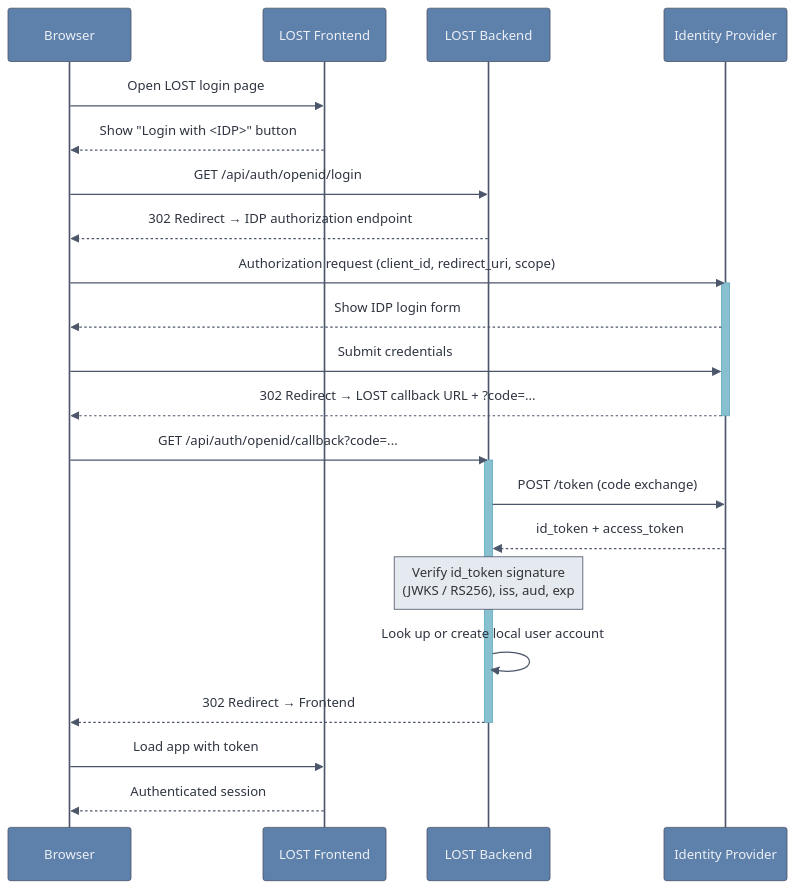
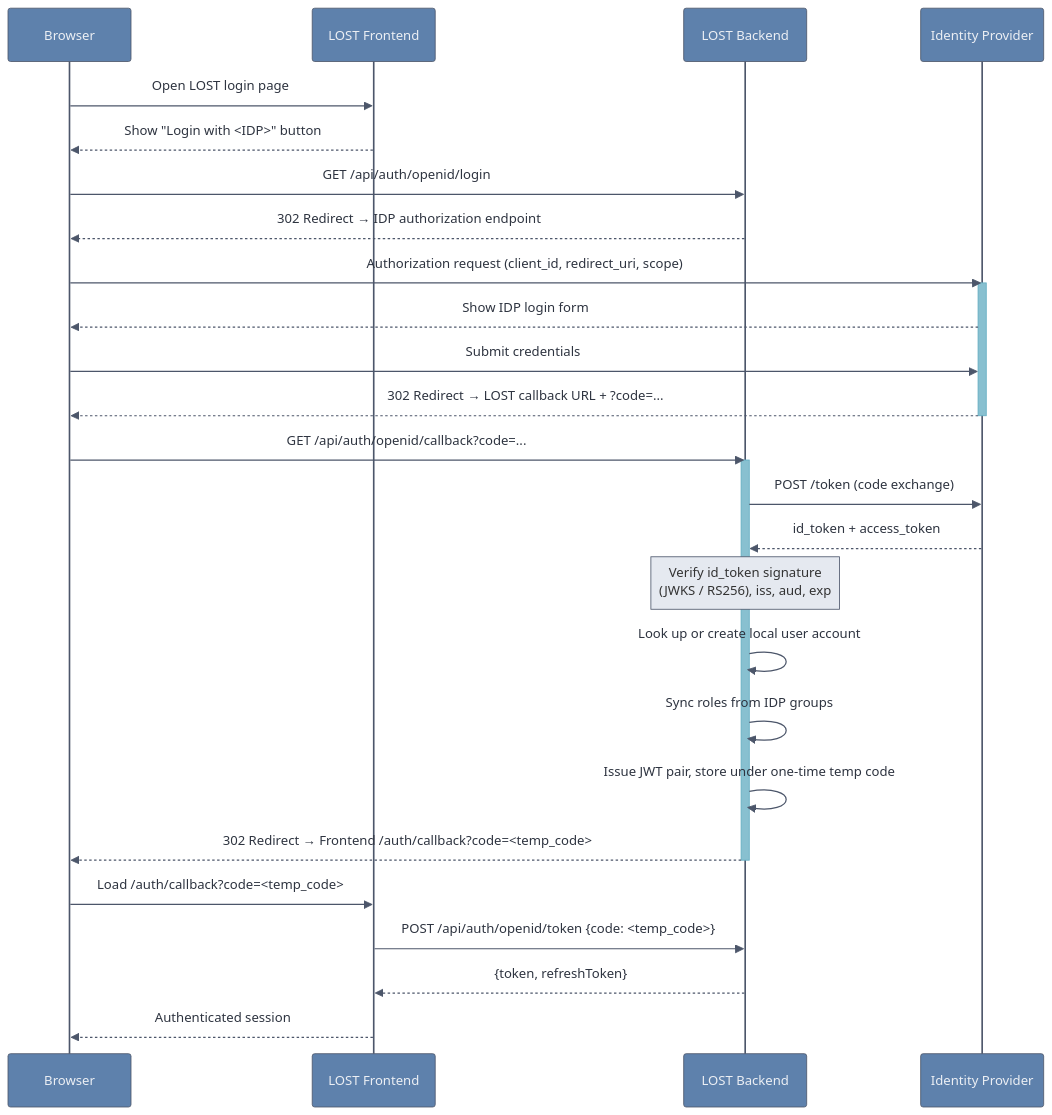
The diagram in docs/docs/configuration/openid.md (l3p-cv/lost), drawn with Mermaid before and after one commit. The commit also changed other lines of this file and 4 other files, not shown here.

````diff
--- a/docs/docs/configuration/openid.md
+++ b/docs/docs/configuration/openid.md
@@ -22,44 +22,48 @@
 ```mermaid
 %%{init: {'theme': 'base', 'themeVariables': {
   'primaryColor': '#5E81AC',
   'primaryTextColor': '#ECEFF4',
   'primaryBorderColor': '#4C566A',
   'secondaryColor': '#88C0D0',
   'tertiaryColor': '#A3BE8C',
   'lineColor': '#4C566A',
   'textColor': '#2E3440',
   'signalColor': '#4C566A',
   'signalTextColor': '#2E3440',
   'actorBkg': '#5E81AC',
   'actorBorder': '#4C566A',
   'actorTextColor': '#ECEFF4',
   'noteBkgColor': '#E5E9F0',
   'noteBorderColor': '#4C566A'
 }}}%%
 sequenceDiagram
     participant U as Browser
     participant F as LOST Frontend
     participant B as LOST Backend
     participant I as Identity Provider
 
     U->>F: Open LOST login page
     F-->>U: Show "Login with <IDP>" button
     U->>B: GET /api/auth/openid/login
     B-->>U: 302 Redirect → IDP authorization endpoint
     U->>I: Authorization request (client_id, redirect_uri, scope)
     activate I
     I-->>U: Show IDP login form
     U->>I: Submit credentials
     I-->>U: 302 Redirect → LOST callback URL + ?code=...
     deactivate I
     U->>B: GET /api/auth/openid/callback?code=...
     activate B
     B->>I: POST /token (code exchange)
     I-->>B: id_token + access_token
     Note over B: Verify id_token signature<br/>(JWKS / RS256), iss, aud, exp
     B->>B: Look up or create local user account
-    B-->>U: 302 Redirect → Frontend #token=...
+    B->>B: Sync roles from IDP groups
+    B->>B: Issue JWT pair, store under one-time temp code
+    B-->>U: 302 Redirect → Frontend /auth/callback?code=<temp_code>
     deactivate B
-    U->>F: Load app with token
+    U->>F: Load /auth/callback?code=<temp_code>
+    F->>B: POST /api/auth/openid/token {code: <temp_code>}
+    B-->>F: {token, refreshToken}
     F-->>U: Authenticated session
 ```
````
